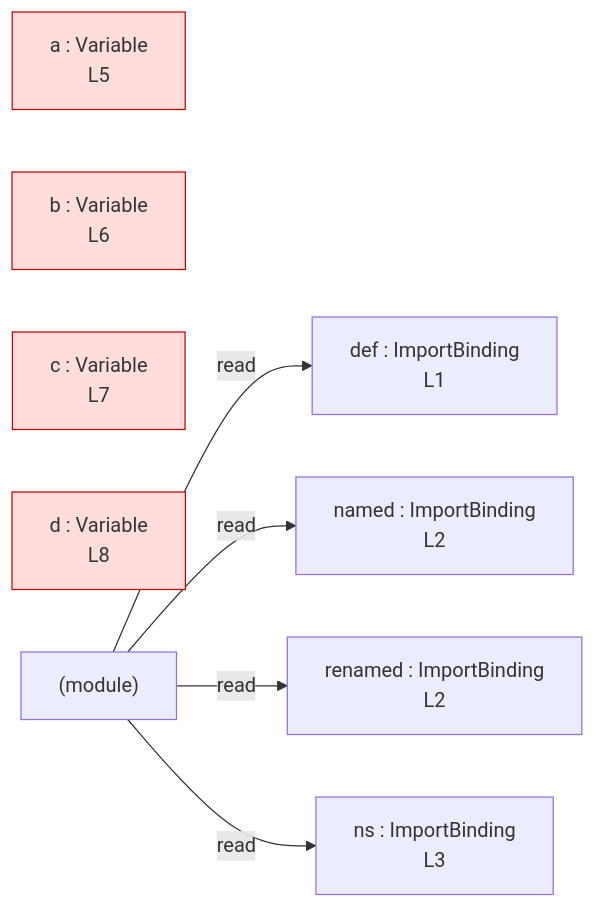
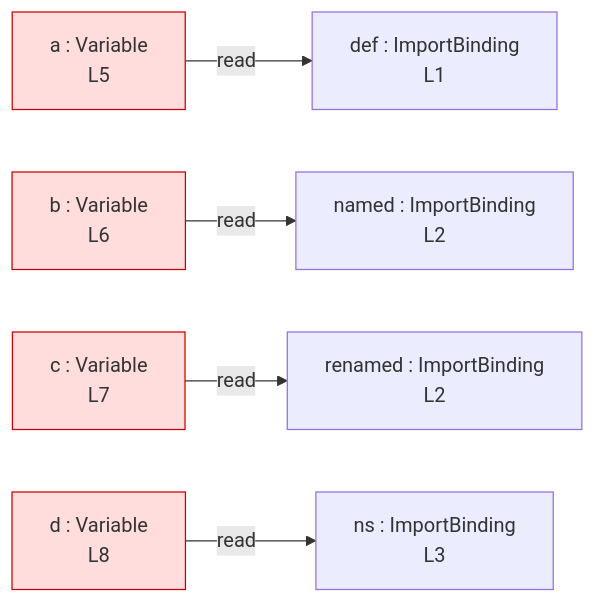
The diagram in integration/fixtures/imports/preview.md (crescware/unsnarl), drawn with Mermaid before and after one commit. The commit also changed 38 other files, not shown here.

First line of the commit message:
feat: route Mermaid edges through the initialized variable (owner)

````diff
--- a/integration/fixtures/imports/preview.md
+++ b/integration/fixtures/imports/preview.md
@@ -18,21 +18,20 @@
 ```mermaid
 flowchart LR
   n_scope_0_def_7["def : ImportBinding\nL1"]
   n_scope_0_named_41["named : ImportBinding\nL2"]
   n_scope_0_renamed_57["renamed : ImportBinding\nL2"]
   n_scope_0_ns_98["ns : ImportBinding\nL3"]
   n_scope_0_a_131["a : Variable\nL5"]
   n_scope_0_b_146["b : Variable\nL6"]
   n_scope_0_c_163["c : Variable\nL7"]
   n_scope_0_d_182["d : Variable\nL8"]
-  module_root -->|read| n_scope_0_def_7
-  module_root -->|read| n_scope_0_named_41
-  module_root -->|read| n_scope_0_renamed_57
-  module_root -->|read| n_scope_0_ns_98
-  module_root["(module)"]
+  n_scope_0_a_131 -->|read| n_scope_0_def_7
+  n_scope_0_b_146 -->|read| n_scope_0_named_41
+  n_scope_0_c_163 -->|read| n_scope_0_renamed_57
+  n_scope_0_d_182 -->|read| n_scope_0_ns_98
   classDef unused fill:#fdd,stroke:#c00;
   class n_scope_0_a_131 unused;
   class n_scope_0_b_146 unused;
   class n_scope_0_c_163 unused;
   class n_scope_0_d_182 unused;
 ```
````
